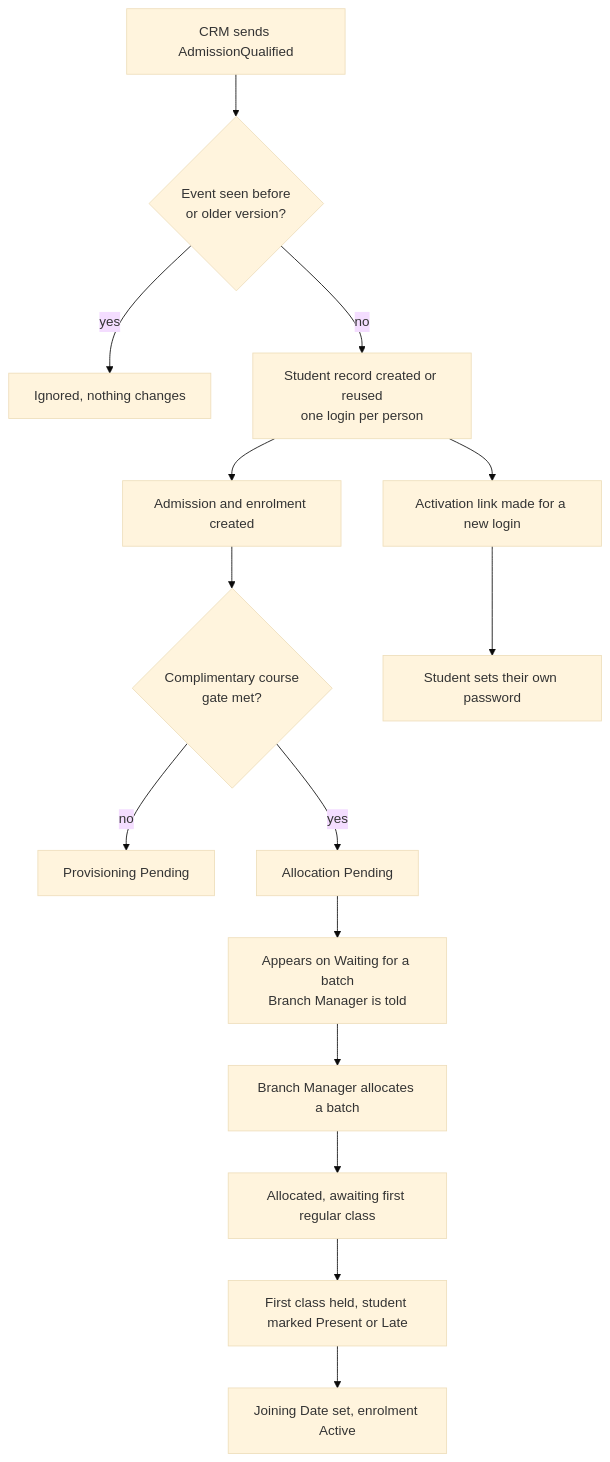
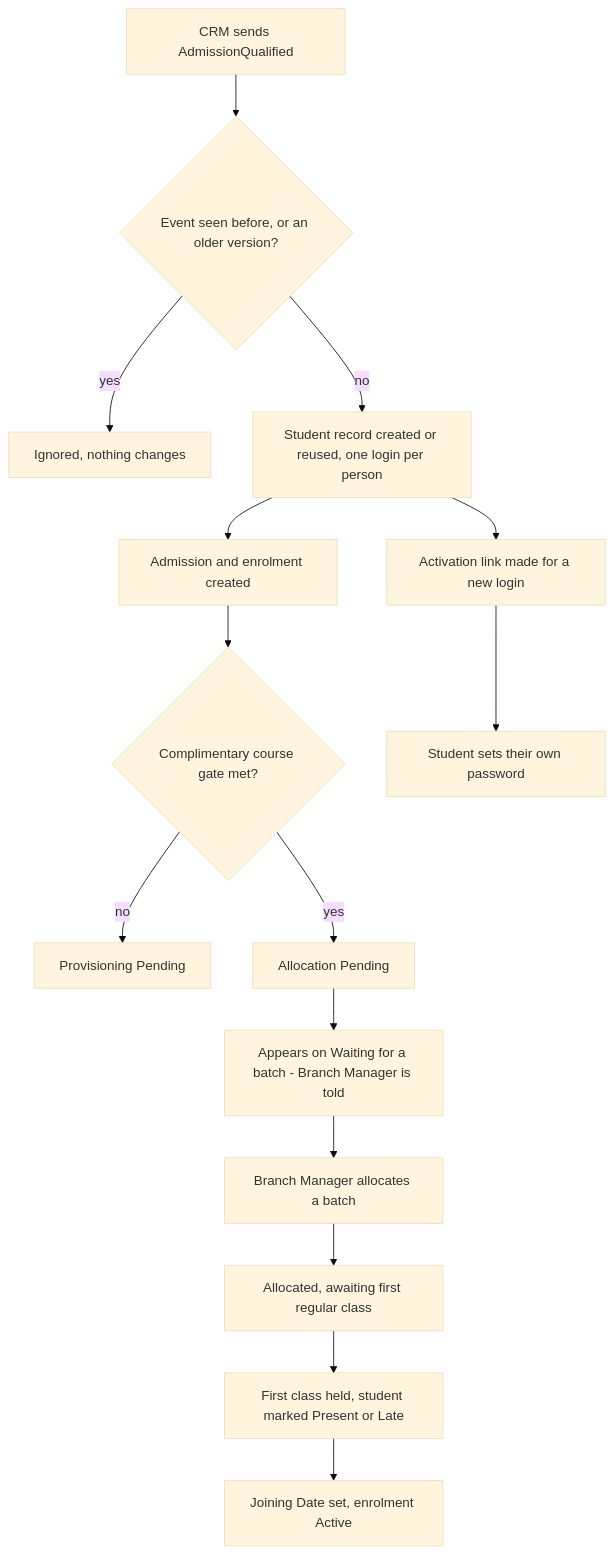
Before and after one commit to misterpk-18/nipunalms: the third of 17 diagrams in docs/PRODUCT_GUIDE.md, drawn with Mermaid (base theme). The commit also changed other lines of this file, not shown here.

Commit message:
Product guide: simpler Mermaid syntax, taller layouts, assignment and test charts split

````diff
--- a/docs/PRODUCT_GUIDE.md
+++ b/docs/PRODUCT_GUIDE.md
@@ -70,17 +70,17 @@
 ```mermaid
 flowchart TD
-    A["CRM sends AdmissionQualified"] --> B{"Event seen before<br/>or older version?"}
+    A["CRM sends AdmissionQualified"] --> B{"Event seen before, or an older version?"}
     B -->|"yes"| B1["Ignored, nothing changes"]
-    B -->|"no"| C["Student record created or reused<br/>one login per person"]
+    B -->|"no"| C["Student record created or reused, one login per person"]
     C --> D["Admission and enrolment created"]
-    D --> E{"Complimentary course<br/>gate met?"}
+    D --> E{"Complimentary course gate met?"}
     E -->|"no"| E1["Provisioning Pending"]
     E -->|"yes"| F["Allocation Pending"]
     C --> G["Activation link made for a new login"]
     G --> H["Student sets their own password"]
-    F --> I["Appears on Waiting for a batch<br/>Branch Manager is told"]
+    F --> I["Appears on Waiting for a batch - Branch Manager is told"]
     I --> J["Branch Manager allocates a batch"]
     J --> K["Allocated, awaiting first regular class"]
     K --> L["First class held, student marked Present or Late"]
     L --> M["Joining Date set, enrolment Active"]
 ```
````
